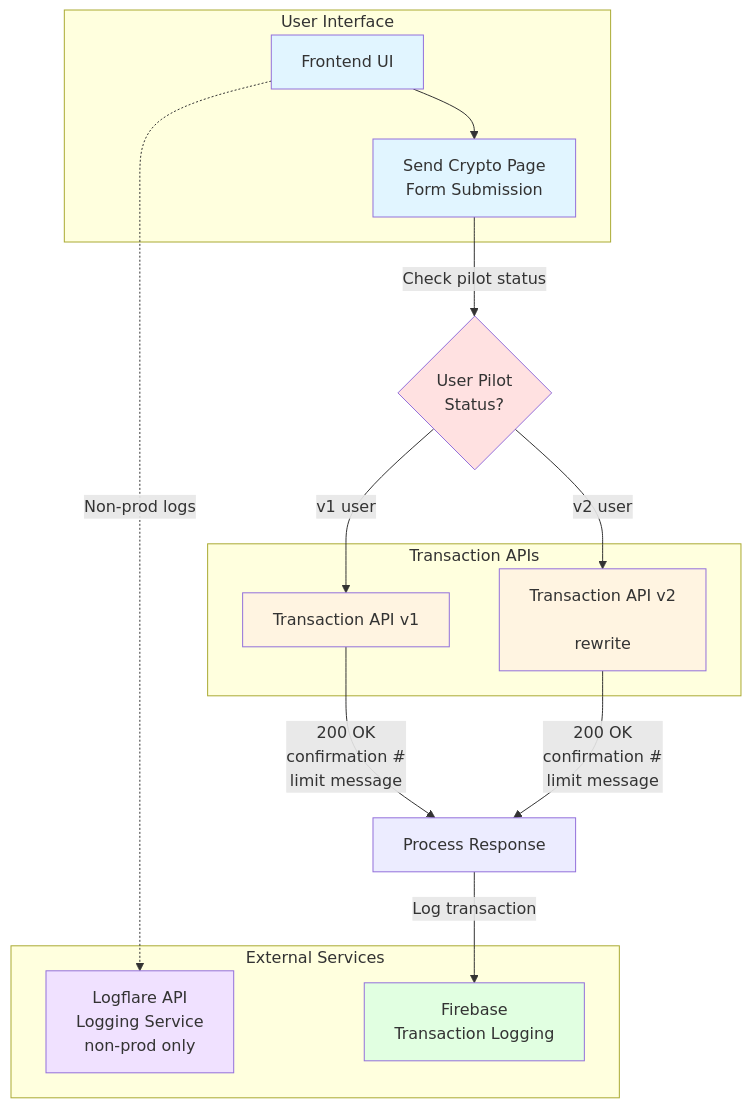
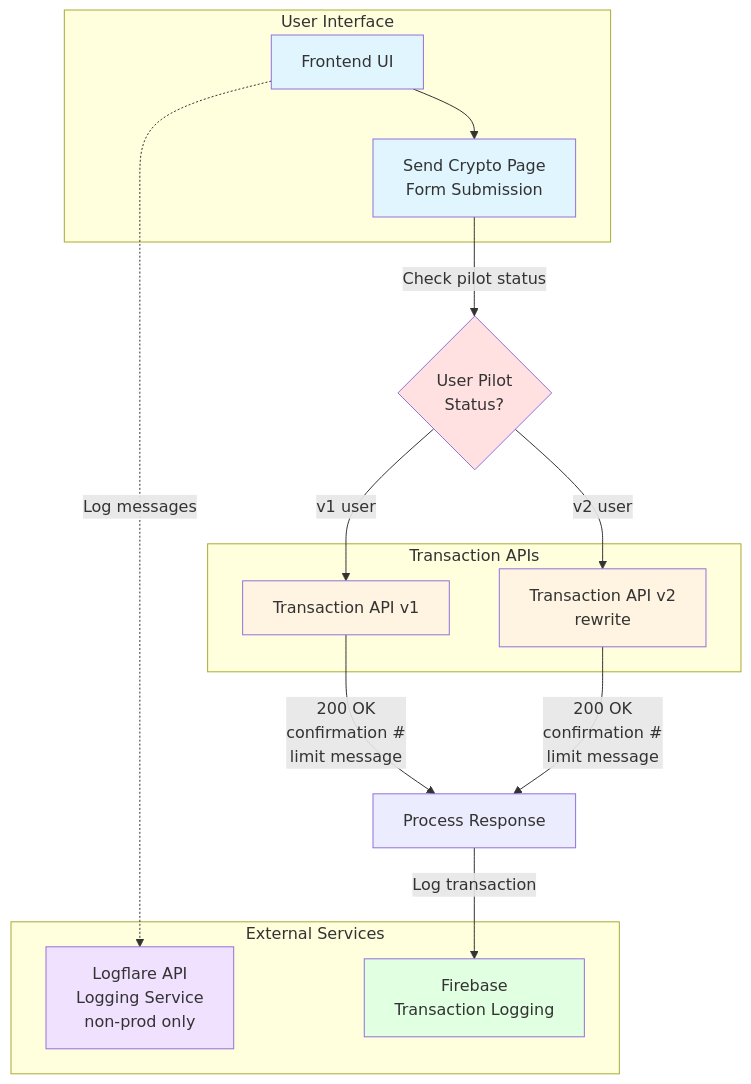
One commit to bluemelodia/Outages changed the diagram in README.md. Above: the diagram before and after it, drawn with Mermaid.

Commit message:
Clean up arch diagram

````diff
--- a/README.md
+++ b/README.md
@@ -15,38 +15,38 @@
 ```mermaid
 graph TB
     subgraph "User Interface"
         UI[Frontend UI]
         SendCrypto[Send Crypto Page<br/>Form Submission]
     end
     
     subgraph "External Services"
         Logflare[Logflare API<br/>Logging Service<br/>non-prod only]
         Firebase[Firebase<br/>Transaction Logging]
     end
     
     subgraph "Transaction APIs"
         V1[Transaction API v1<br/>]
-        V2[Transaction API v2<br/><br/>rewrite]
+        V2[Transaction API v2<br/>rewrite]
     end
     
     UI --> SendCrypto
-    UI -.->|Non-prod logs| Logflare
+    UI -.->|Log messages| Logflare
     
     SendCrypto -->|Check pilot status| Decision{User Pilot<br/>Status?}
     
     Decision -->|v1 user| V1
     Decision -->|v2 user| V2
     
     V1 -->|200 OK<br/>confirmation #<br/>limit message| Response[Process Response]
     V2 -->|200 OK<br/>confirmation #<br/>limit message| Response
     
     Response -->|Log transaction| Firebase
     
     style UI fill:#e1f5ff
     style SendCrypto fill:#e1f5ff
     style V1 fill:#fff4e1
     style V2 fill:#fff4e1
     style Logflare fill:#f0e1ff
     style Firebase fill:#e1ffe1
     style Decision fill:#ffe1e1
 ```
````
